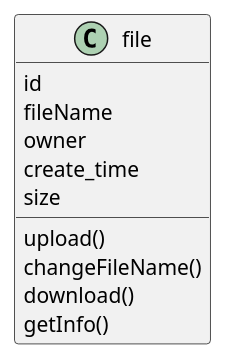
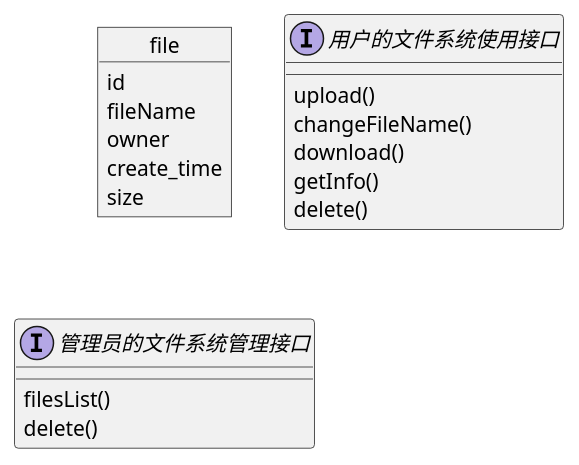
The diagram in doc/文件系统的设计.md (alwxkxk/akoa), drawn with PlantUML before and after one commit. The commit also changed 8 other files, not shown here.

````diff
--- a/doc/文件系统的设计.md
+++ b/doc/文件系统的设计.md
@@ -6,13 +6,22 @@
 ```puml
-class file {
+object file {
   id
   fileName
   owner
   create_time
   size
+}
+
+interface 用户的文件系统使用接口{
   upload()
   changeFileName()
   download()
   getInfo()
+  delete()
+}
+
+interface 管理员的文件系统管理接口{
+  filesList()
+  delete()
 }
 ```
````
